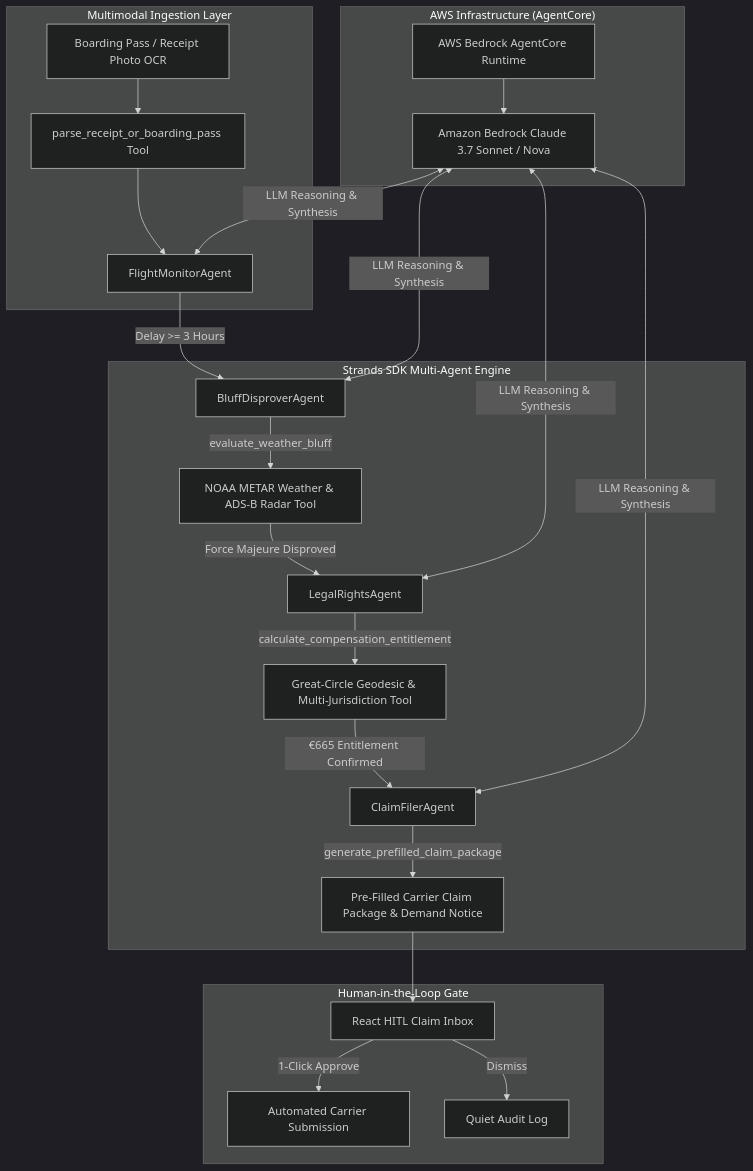
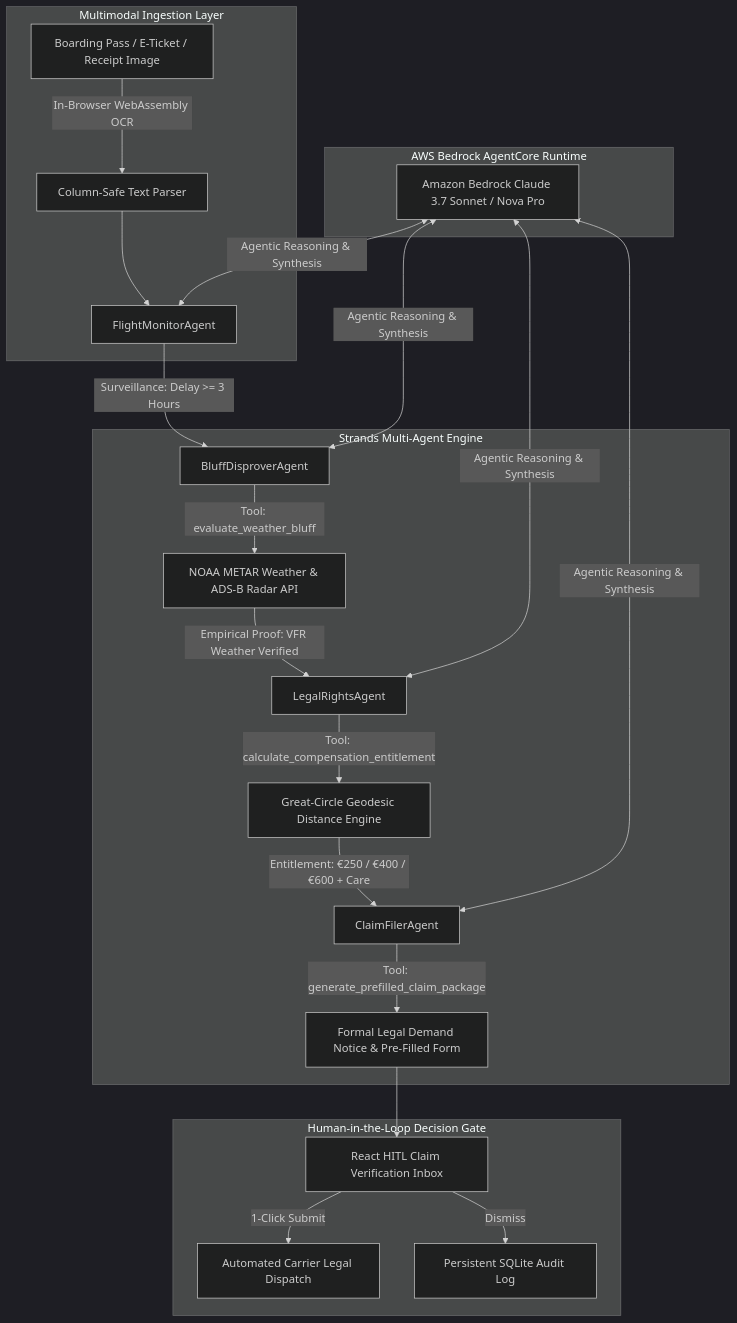
The diagram in README.md (barnabas47/OmniClaim-AI), drawn with Mermaid (dark theme) before and after one commit. The commit also changed other lines of this file and 1 other file, not shown here.

````diff
--- a/README.md
+++ b/README.md
@@ -48,30 +51,29 @@
 ```mermaid
 graph TD
     subgraph "Multimodal Ingestion Layer"
-        A[Boarding Pass / Receipt Photo OCR] --> B[parse_receipt_or_boarding_pass Tool]
+        A[Boarding Pass / E-Ticket / Receipt Image] -->|In-Browser WebAssembly OCR| B[Column-Safe Text Parser]
         B --> C[FlightMonitorAgent]
     end
 
-    subgraph "Strands SDK Multi-Agent Engine"
-        C -->|Delay >= 3 Hours| D[BluffDisproverAgent]
-        D -->|evaluate_weather_bluff| E[NOAA METAR Weather & ADS-B Radar Tool]
-        E -->|Force Majeure Disproved| F[LegalRightsAgent]
-        F -->|calculate_compensation_entitlement| G[Great-Circle Geodesic & Multi-Jurisdiction Tool]
-        G -->|€665 Entitlement Confirmed| H[ClaimFilerAgent]
-        H -->|generate_prefilled_claim_package| I[Pre-Filled Carrier Claim Package & Demand Notice]
+    subgraph "Strands Multi-Agent Engine"
+        C -->|Surveillance: Delay >= 3 Hours| D[BluffDisproverAgent]
+        D -->|Tool: evaluate_weather_bluff| E[NOAA METAR Weather & ADS-B Radar API]
+        E -->|Empirical Proof: VFR Weather Verified| F[LegalRightsAgent]
+        F -->|Tool: calculate_compensation_entitlement| G[Great-Circle Geodesic Distance Engine]
+        G -->|Entitlement: €250 / €400 / €600 + Care| H[ClaimFilerAgent]
+        H -->|Tool: generate_prefilled_claim_package| I[Formal Legal Demand Notice & Pre-Filled Form]
     end
 
-    subgraph "Human-in-the-Loop Gate"
-        I --> J[React HITL Claim Inbox]
-        J -->|1-Click Approve| K[Automated Carrier Submission]
-        J -->|Dismiss| L[Quiet Audit Log]
+    subgraph "Human-in-the-Loop Decision Gate"
+        I --> J[React HITL Claim Verification Inbox]
+        J -->|1-Click Submit| K[Automated Carrier Legal Dispatch]
+        J -->|Dismiss| L[Persistent SQLite Audit Log]
     end
 
-    subgraph "AWS Infrastructure (AgentCore)"
-        M[Amazon Bedrock Claude 3.7 Sonnet / Nova] <-->|LLM Reasoning & Synthesis| C
-        M <-->|LLM Reasoning & Synthesis| D
-        M <-->|LLM Reasoning & Synthesis| F
-        M <-->|LLM Reasoning & Synthesis| H
-        N[AWS Bedrock AgentCore Runtime] --> M
+    subgraph "AWS Bedrock AgentCore Runtime"
+        M[Amazon Bedrock Claude 3.7 Sonnet / Nova Pro] <-->|Agentic Reasoning & Synthesis| C
+        M <-->|Agentic Reasoning & Synthesis| D
+        M <-->|Agentic Reasoning & Synthesis| F
+        M <-->|Agentic Reasoning & Synthesis| H
     end
 ```
````
